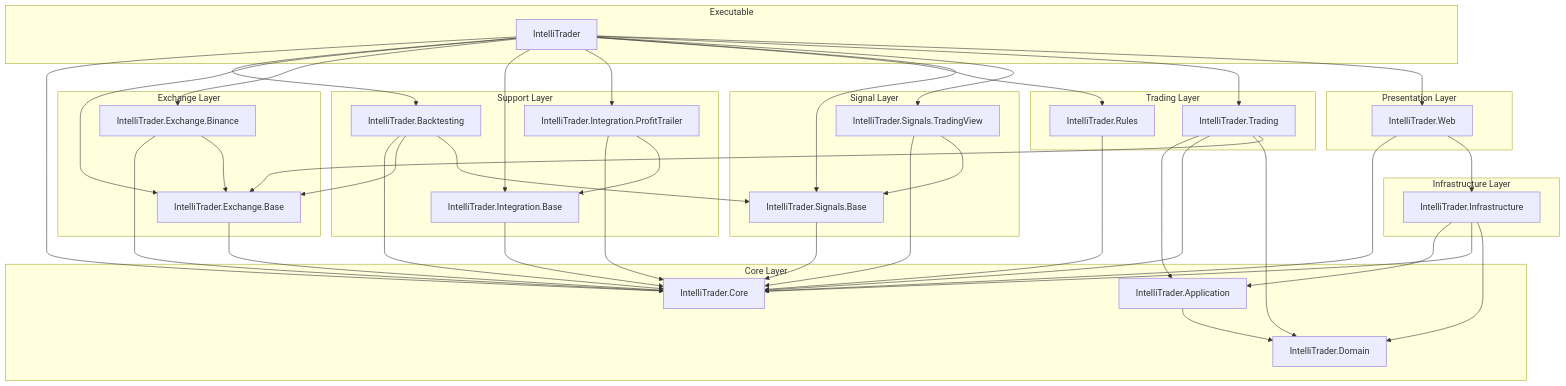
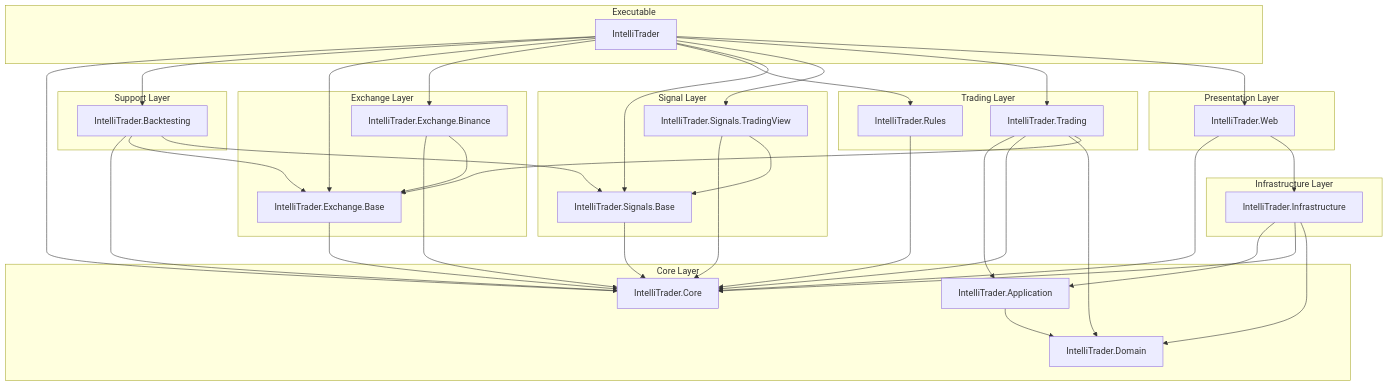
One commit to blackms/IntelliTrader changed the first of 11 diagrams in docs/ARCHITECTURE.md. Above: the diagram before and after it, drawn with Mermaid. The commit also changed other lines of this file and 14 other files, not shown here.

First line of the commit message:
refactor: remove dead Integration layer, deprecated endpoints, add architecture ADR

````diff
--- a/docs/ARCHITECTURE.md
+++ b/docs/ARCHITECTURE.md
@@ -589,8 +569,6 @@
 
     subgraph "Support Layer"
         Backtest[IntelliTrader.Backtesting]
-        IntBase[IntelliTrader.Integration.Base]
-        IntPT[IntelliTrader.Integration.ProfitTrailer]
     end
 
     %% Main executable dependencies
@@ -598,8 +576,6 @@
     IT --> Backtest
     IT --> ExBase
     IT --> ExBinance
-    IT --> IntBase
-    IT --> IntPT
     IT --> Rules
     IT --> SigBase
     IT --> SigTV
@@ -637,7 +613,4 @@
     Backtest --> Core
     Backtest --> ExBase
     Backtest --> SigBase
-    IntBase --> Core
-    IntPT --> Core
-    IntPT --> IntBase
 ```
````
